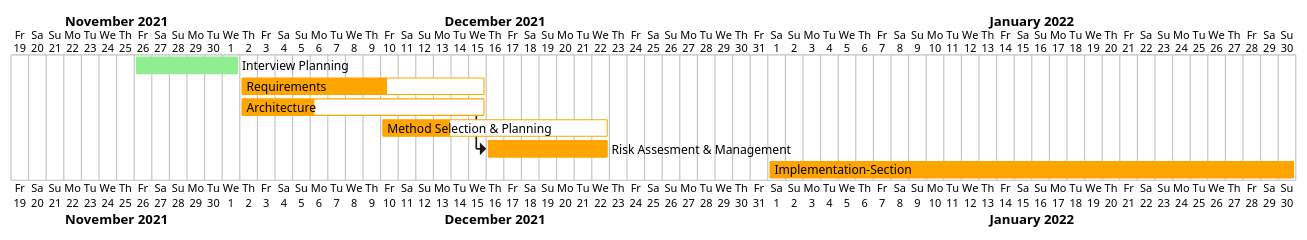
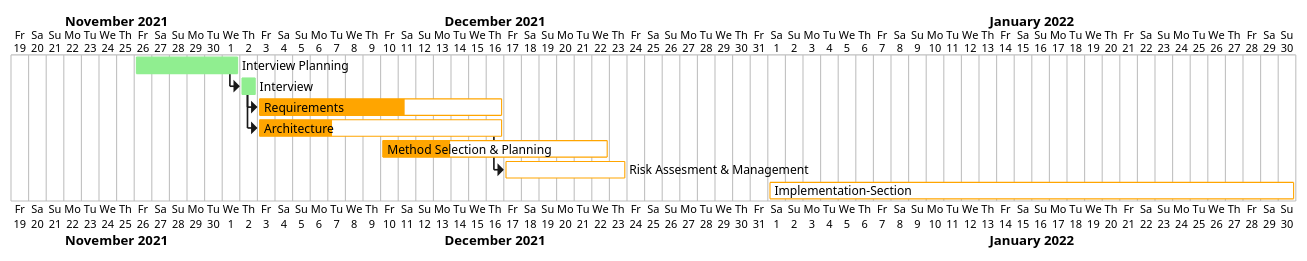
The third of 3 diagrams in gantt-chart.md (Lyrenhex/ENG1-Project-Part2), drawn with PlantUML before and after one commit. The commit also changed other lines of this file and 6 other files, not shown here.

Commit message:
updated gantt charts to be more accurate + better formatting

````diff
--- a/gantt-chart.md
+++ b/gantt-chart.md
@@ -39,34 +95,41 @@
 ```plantuml
 @startgantt
 [Interview Planning] lasts 6 days
 [Interview Planning] is 100% complete
 [Interview Planning] is colored in lightgreen
+
+[Interview] lasts 1 day
+[Interview] is 100% complete
+[Interview] is colored in lightgreen
 
 [Requirements] lasts 14 days
 [Requirements] is 60% complete
 [Requirements] is colored in orange
 
 [Architecture] lasts 14 days
 [Architecture] is 30% complete
 [Architecture] is colored in orange
 
 [Method Selection & Planning] lasts 13 days
 [Method Selection & Planning] is 30% complete
 [Method Selection & Planning] is colored in orange
 
 [Risk Assesment & Management] lasts 7 days
 [Risk Assesment & Management] is colored in orange
+[Risk Assesment & Management] is 0% complete
 
 [Implementation-Section] lasts 30 days
 [Implementation-Section] is colored in orange
+[Implementation-Section] is 0% complete
 
 
 Project starts 2021-11-19
 [Interview Planning] starts 2021-11-26
-[Requirements] starts 2021-12-2
-[Architecture] starts 2021-12-2
+[Interview] starts at [Interview Planning]'s end
+[Requirements] starts at [Interview]'s end
+[Architecture] starts at [Interview]'s end
 [Method Selection & Planning] starts 2021-12-10
 [Risk Assesment & Management] starts at [Architecture]'s end
 [Implementation-Section] starts 2022-1-1
 @endgantt
 ```
````
